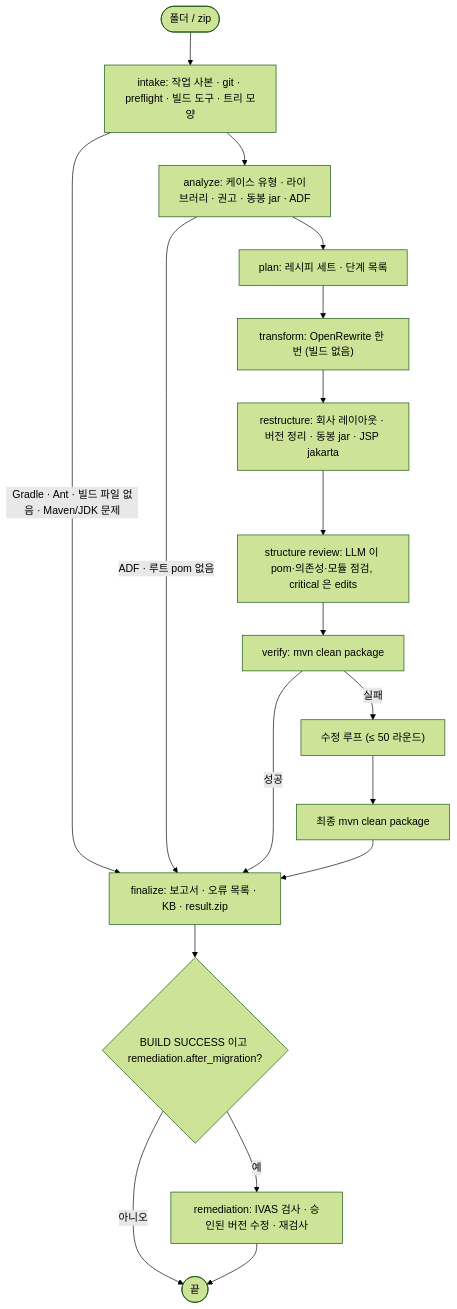
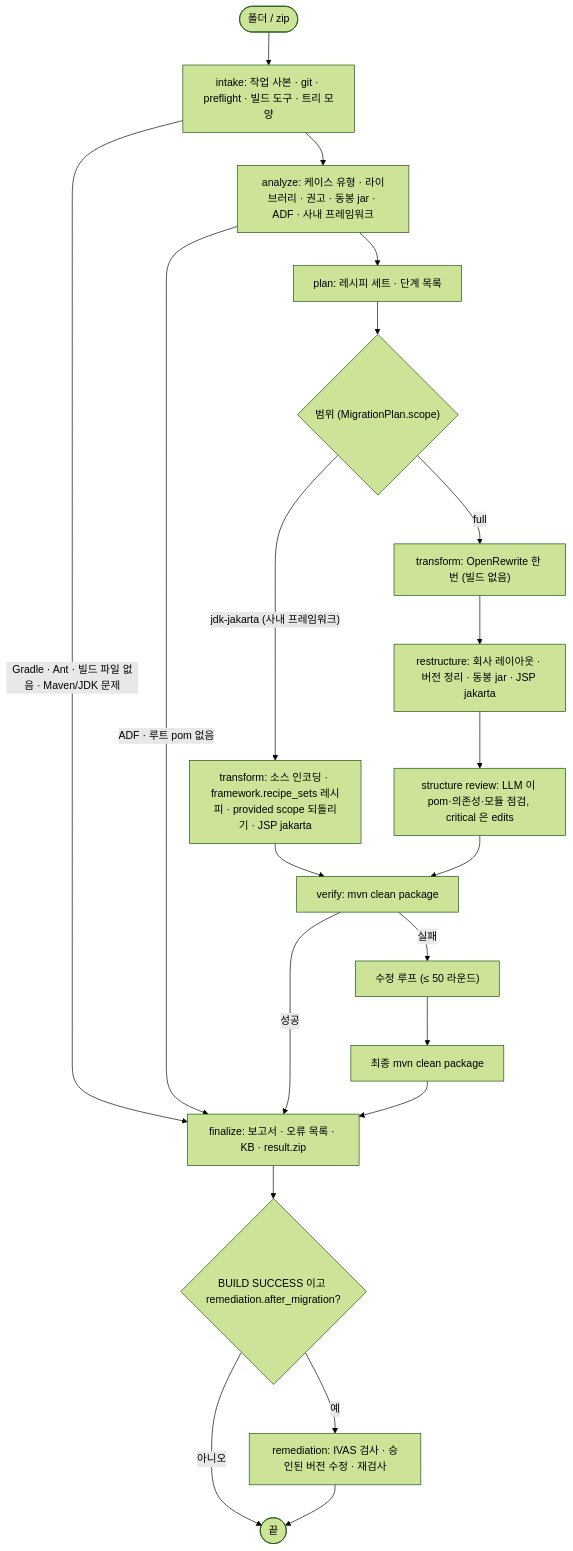
Before and after one commit to acandiatale/tutu: the second of 8 diagrams in docs/migration-agent/README.md, drawn with Mermaid (forest theme). The commit also changed other lines of this file and 125 other files, not shown here.

````diff
--- a/docs/migration-agent/README.md
+++ b/docs/migration-agent/README.md
@@ -98,20 +98,23 @@
 ```mermaid
 flowchart TD
   START(["폴더 / zip"]) --> INTAKE["intake: 작업 사본 · git · preflight · 빌드 도구 · 트리 모양"]
   INTAKE -->|"Gradle · Ant · 빌드 파일 없음 · Maven/JDK 문제"| FIN
-  INTAKE --> ANALYZE["analyze: 케이스 유형 · 라이브러리 · 권고 · 동봉 jar · ADF"]
+  INTAKE --> ANALYZE["analyze: 케이스 유형 · 라이브러리 · 권고 · 동봉 jar · ADF · 사내 프레임워크"]
   ANALYZE -->|"ADF · 루트 pom 없음"| FIN
   ANALYZE --> PLAN["plan: 레시피 세트 · 단계 목록"]
-  PLAN --> T["transform: OpenRewrite 한 번 (빌드 없음)"]
+  PLAN --> SC{"범위 (MigrationPlan.scope)"}
+  SC -->|"full"| T["transform: OpenRewrite 한 번 (빌드 없음)"]
+  SC -->|"jdk-jakarta (사내 프레임워크)"| TF["transform: 소스 인코딩 · framework.recipe_sets 레시피 · provided scope 되돌리기 · JSP jakarta"]
+  TF --> V
   T --> R["restructure: 회사 레이아웃 · 버전 정리 · 동봉 jar · JSP jakarta"]
   R --> RV["structure review: LLM 이 pom·의존성·모듈 점검, critical 은 edits"]
   RV --> V["verify: mvn clean package"]
   V -->|"실패"| LOOP["수정 루프 (≤ 50 라운드)"]
   LOOP --> VF["최종 mvn clean package"]
   V -->|"성공"| FIN["finalize: 보고서 · 오류 목록 · KB · result.zip"]
   VF --> FIN
   FIN --> REM{"BUILD SUCCESS 이고 remediation.after_migration?"}
   REM -->|"예"| RM["remediation: IVAS 검사 · 승인된 버전 수정 · 재검사"]
   REM -->|"아니오"| END(["끝"])
   RM --> END
 ```
````
